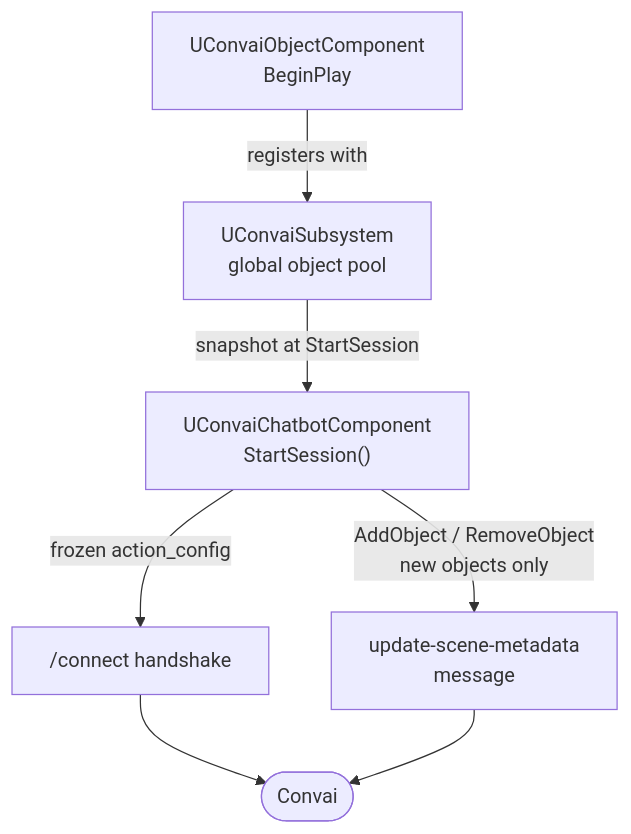
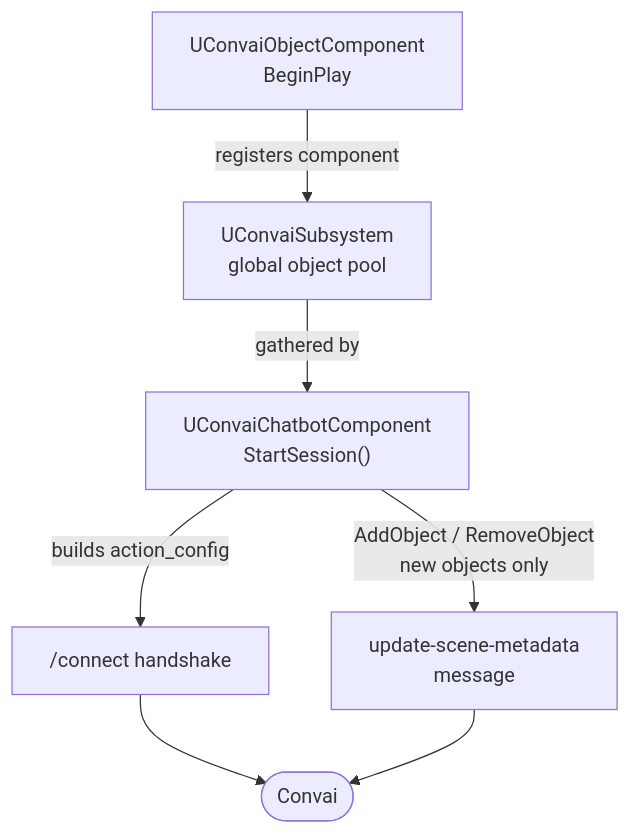
One commit to Conv-AI/Convai-Documentation changed the diagram in plugins-and-integrations/convai-unreal-engine-plugin/features/scene-metadata/how-scene-metadata-works.md. Above: the diagram before and after it, drawn with Mermaid. The commit also changed other lines of this file and 6 other files, not shown here.

````diff
--- a/plugins-and-integrations/convai-unreal-engine-plugin/features/scene-metadata/how-scene-metadata-works.md
+++ b/plugins-and-integrations/convai-unreal-engine-plugin/features/scene-metadata/how-scene-metadata-works.md
@@ -13,9 +13,9 @@
 ```mermaid
 flowchart TD
-    A["UConvaiObjectComponent\nBeginPlay"] -->|registers with| B["UConvaiSubsystem\nglobal object pool"]
-    B -->|snapshot at StartSession| C["UConvaiChatbotComponent\nStartSession()"]
-    C -->|frozen action_config| D["/connect handshake"]
+    A["UConvaiObjectComponent\nBeginPlay"] -->|registers component| B["UConvaiSubsystem\nglobal object pool"]
+    B -->|gathered by| C["UConvaiChatbotComponent\nStartSession()"]
+    C -->|builds action_config| D["/connect handshake"]
     D --> E(["Convai"])
     C -->|"AddObject / RemoveObject\nnew objects only"| F["update-scene-metadata\nmessage"]
     F --> E
 ```
````
